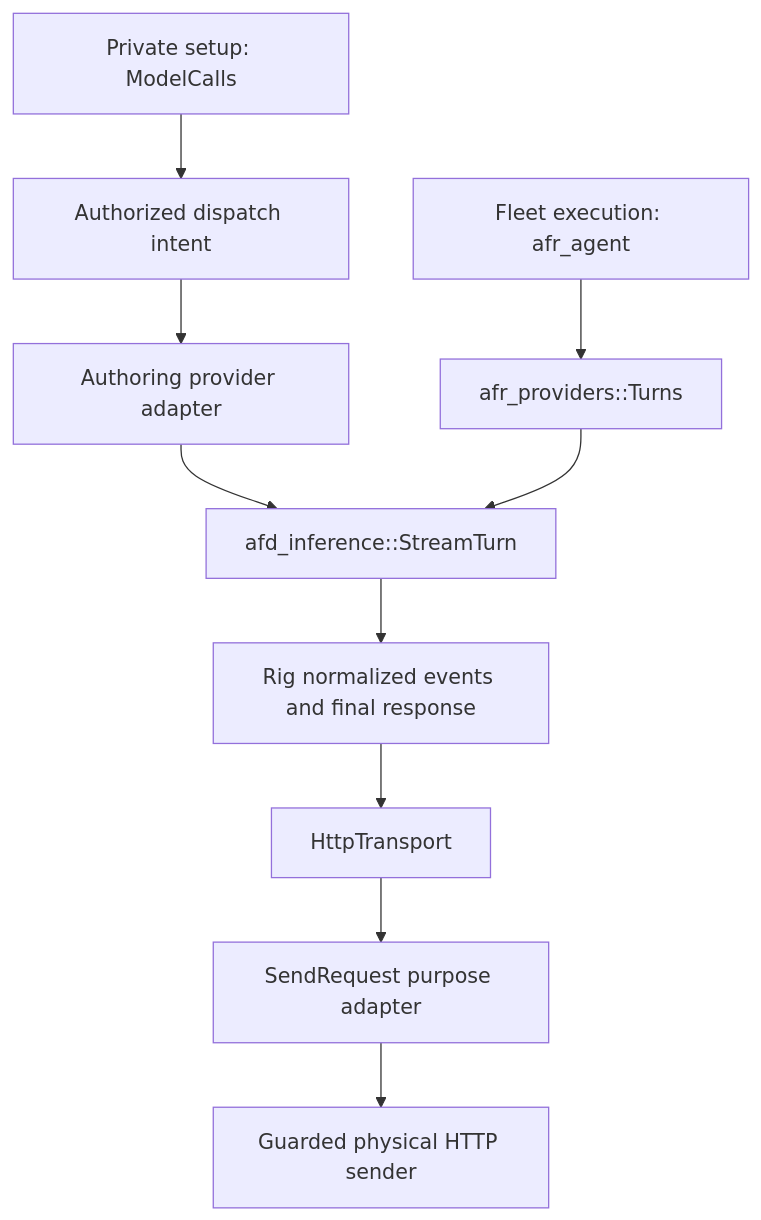
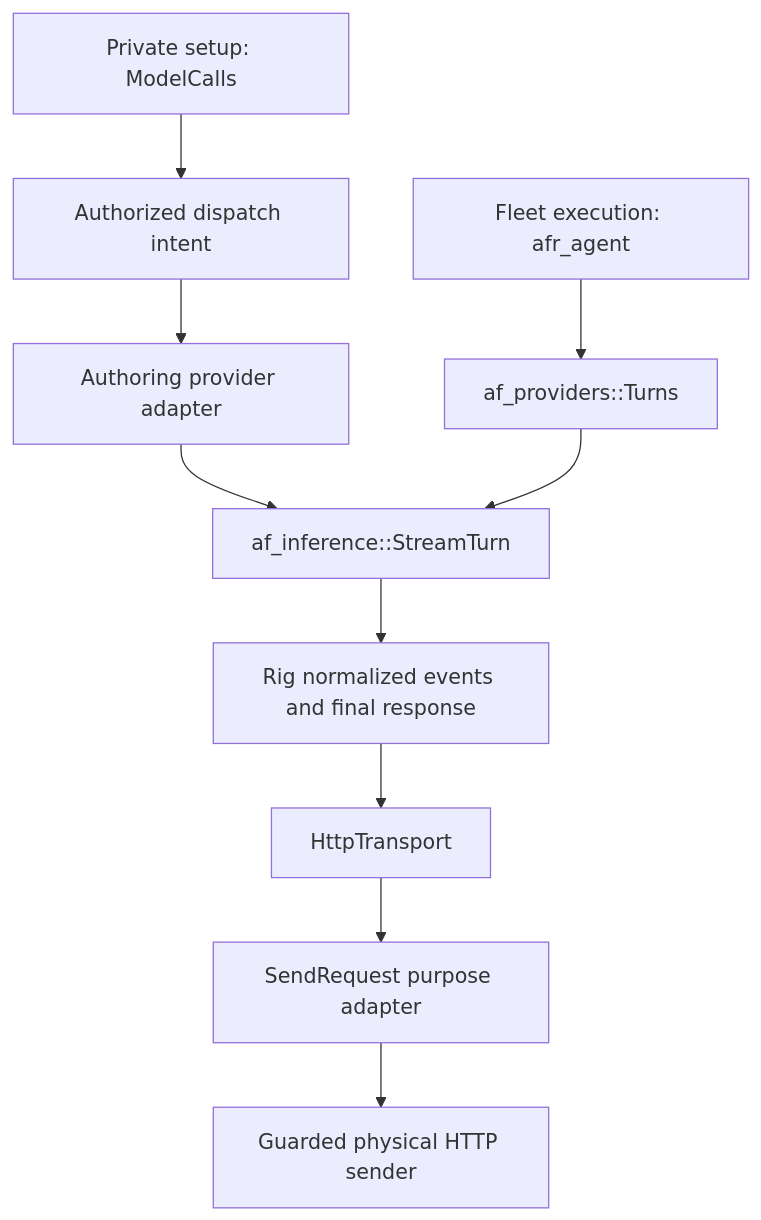
Before and after one commit to agentsfleet/agentsfleet: the first of 2 diagrams in docs/architecture/shared_chat_verification.md, drawn with Mermaid. The commit also changed other lines of this file and 7453 other files, not shown here.

````diff
--- a/docs/architecture/shared_chat_verification.md
+++ b/docs/architecture/shared_chat_verification.md
@@ -26,12 +26,12 @@
 ```mermaid
 flowchart TD
     A[Private setup: ModelCalls] --> B[Authorized dispatch intent]
     B --> C[Authoring provider adapter]
-    D[Fleet execution: afr_agent] --> E[afr_providers::Turns]
-    C --> F[afd_inference::StreamTurn]
+    D[Fleet execution: afr_agent] --> E[af_providers::Turns]
+    C --> F[af_inference::StreamTurn]
     E --> F
     F --> G[Rig normalized events and final response]
     G --> H[HttpTransport]
     H --> I[SendRequest purpose adapter]
     I --> J[Guarded physical HTTP sender]
 ```
````
